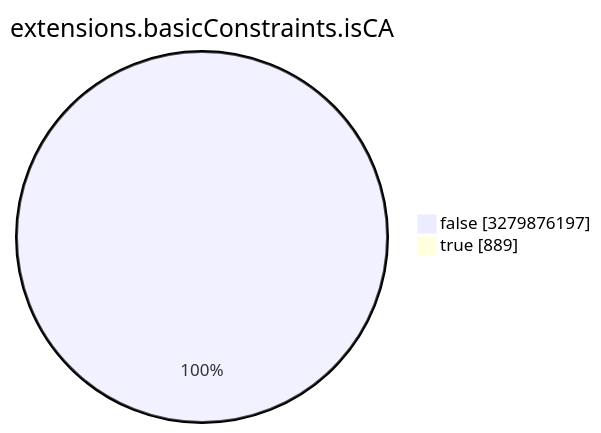
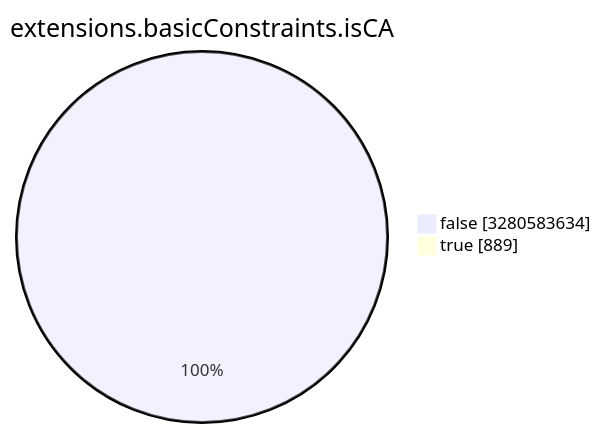
Before and after one commit to christiankrug/ctmonitor_visualization: the seventh of 15 diagrams in TOTAL/README.md, drawn with Mermaid. The commit also changed other lines of this file, not shown here.

````diff
--- a/TOTAL/README.md
+++ b/TOTAL/README.md
@@ -3089,6 +3089,6 @@
 ```mermaid
 pie showData
 title extensions.basicConstraints.isCA
-"false" :3279876197
+"false" :3280583634
 "true" :889
 ```
````
